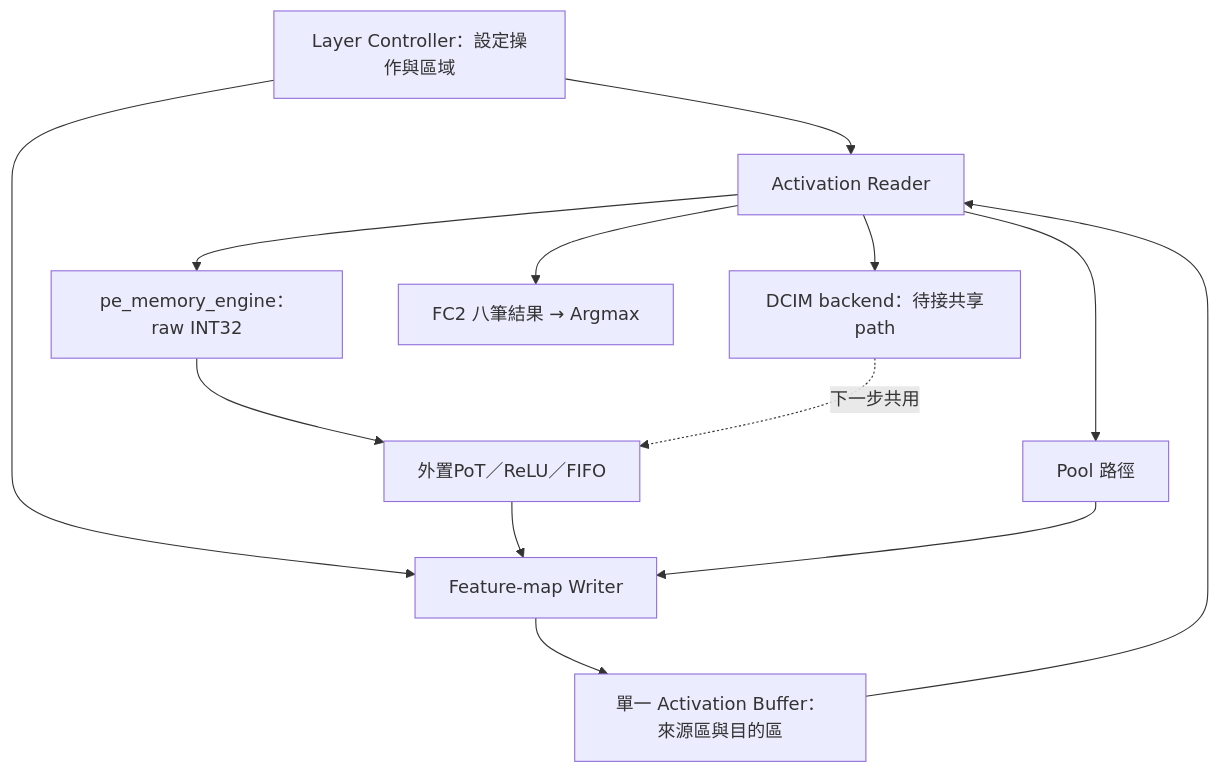
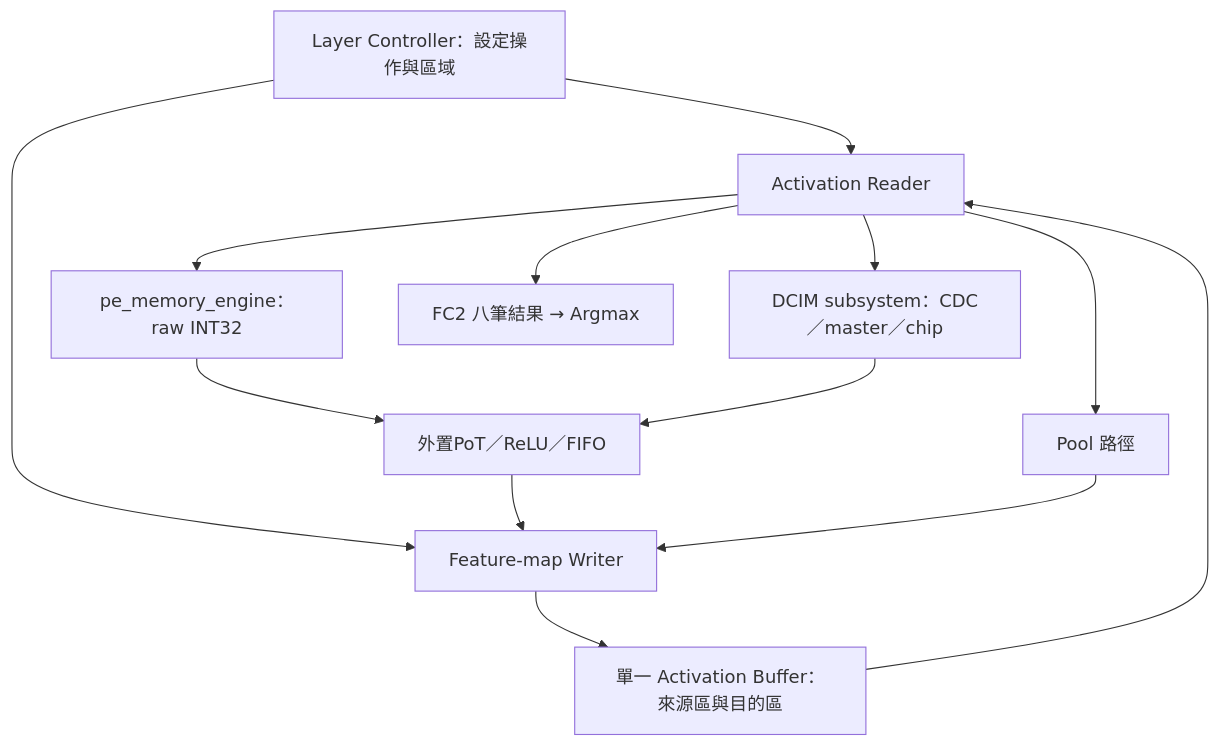
The first of 4 diagrams in HYBRID_SYSTEM/docs/SINGLE_BUFFER_ARCHITECTURE.md (Lswen-Lee/KWS_DNN_Hybrid), drawn with Mermaid before and after one commit. The commit also changed other lines of this file and 8 other files, not shown here.

````diff
--- a/HYBRID_SYSTEM/docs/SINGLE_BUFFER_ARCHITECTURE.md
+++ b/HYBRID_SYSTEM/docs/SINGLE_BUFFER_ARCHITECTURE.md
@@ -68,15 +70,15 @@
 ```mermaid
 flowchart TB
   LC[Layer Controller：設定操作與區域] --> R[Activation Reader]
   LC --> W[Feature-map Writer]
   M[單一 Activation Buffer：來源區與目的區] --> R
   R --> PE[pe_memory_engine：raw INT32]
-  R --> DC[DCIM backend：待接共享path]
+  R --> DC[DCIM subsystem：CDC／master／chip]
   R --> PO[Pool 路徑]
   R --> AR[FC2 八筆結果 → Argmax]
   PE --> POST[外置PoT／ReLU／FIFO]
-  DC -.下一步共用.-> POST
+  DC --> POST
   POST --> W
   PO --> W
   W --> M
 ```
````
